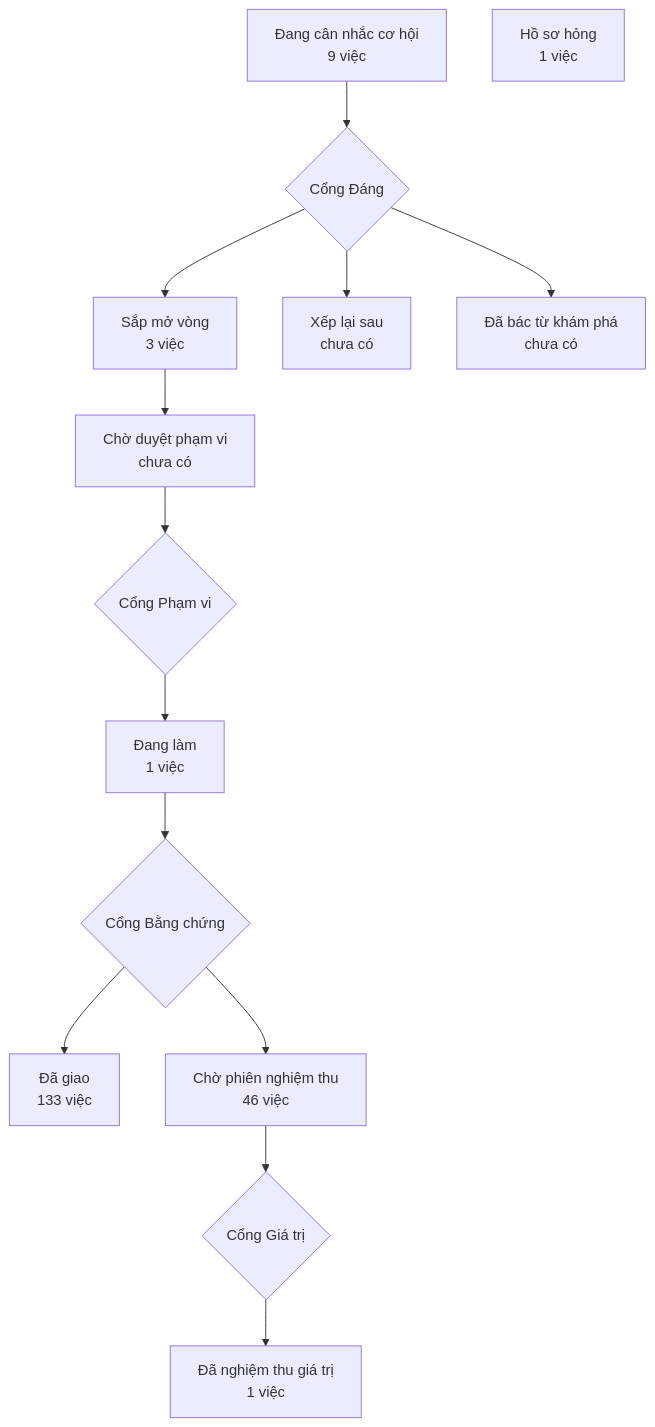
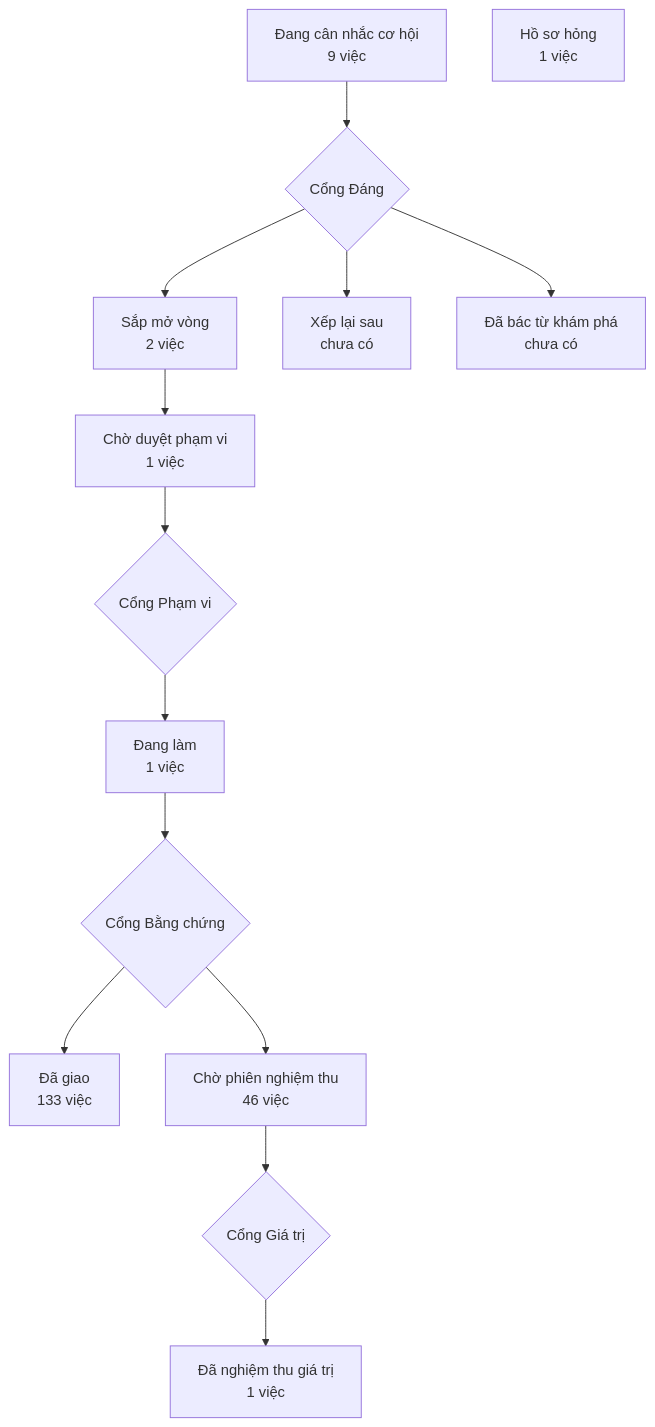
Before and after one commit to phanlemanh/crm-onehub: the diagram in PRODUCT-MAP.md, drawn with Mermaid. The commit also changed other lines of this file and 1 other file, not shown here.

````diff
--- a/PRODUCT-MAP.md
+++ b/PRODUCT-MAP.md
@@ -7,13 +7,13 @@
 ```mermaid
 flowchart TD
   A["Đang cân nhắc cơ hội<br/>9 việc"] --> GD{"Cổng Đáng"}
-  GD --> B["Sắp mở vòng<br/>3 việc"]
+  GD --> B["Sắp mở vòng<br/>2 việc"]
   GD --> XL["Xếp lại sau<br/>chưa có"]
   GD --> DB["Đã bác từ khám phá<br/>chưa có"]
-  B --> CD["Chờ duyệt phạm vi<br/>chưa có"] --> GP{"Cổng Phạm vi"}
+  B --> CD["Chờ duyệt phạm vi<br/>1 việc"] --> GP{"Cổng Phạm vi"}
   GP --> DL["Đang làm<br/>1 việc"] --> GB{"Cổng Bằng chứng"}
   GB --> DG["Đã giao<br/>133 việc"]
   GB --> CN["Chờ phiên nghiệm thu<br/>46 việc"] --> GG{"Cổng Giá trị"}
   GG --> NT["Đã nghiệm thu giá trị<br/>1 việc"]
   HS["Hồ sơ hỏng<br/>1 việc"]
 ```
````
